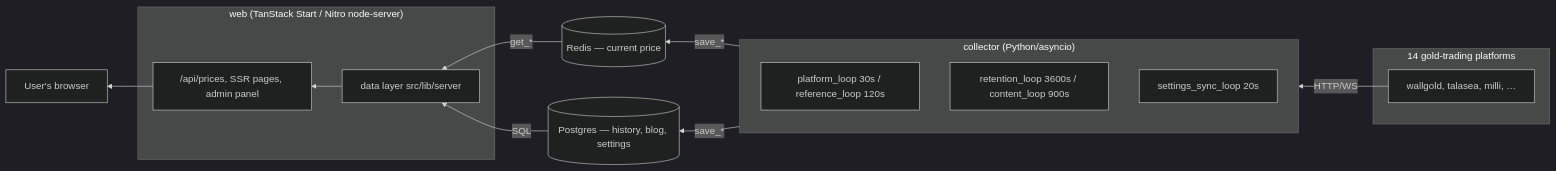
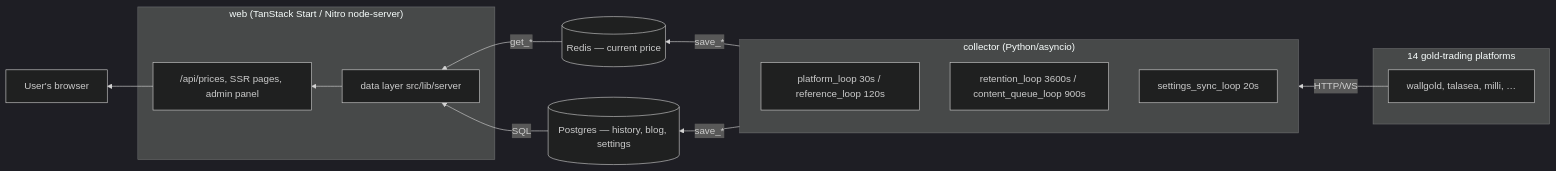
The diagram in README.md (smzerehpoush/mazane.online), drawn with Mermaid (dark theme) before and after one commit. The commit also changed other lines of this file and 31 other files, not shown here.

````diff
--- a/README.md
+++ b/README.md
@@ -7,26 +7,26 @@
 ```mermaid
 flowchart RL
     subgraph platforms["14 gold-trading platforms"]
         P[wallgold, talasea, milli, …]
     end
     subgraph collector["collector (Python/asyncio)"]
         direction TB
         C1["platform_loop 30s / reference_loop 120s"]
-        C2["retention_loop 3600s / content_loop 900s"]
+        C2["retention_loop 3600s / content_queue_loop 900s"]
         C3["settings_sync_loop 20s"]
     end
     Redis[(Redis — current price)]
     PG[(Postgres — history, blog, settings)]
     subgraph web["web (TanStack Start / Nitro node-server)"]
         W1["data layer src/lib/server"]
         W2["/api/prices, SSR pages, admin panel"]
     end
     Browser[User's browser]
 
     P -- HTTP/WS --> collector
     collector -- save_* --> Redis
     collector -- save_* --> PG
     Redis -- get_* --> W1
     PG -- SQL --> W1
     W1 --> W2 --> Browser
 ```
````
